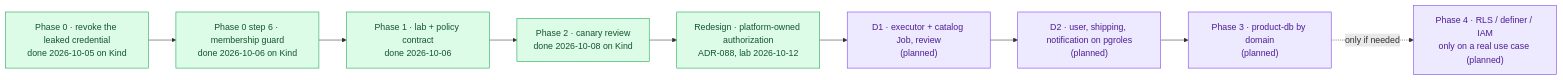
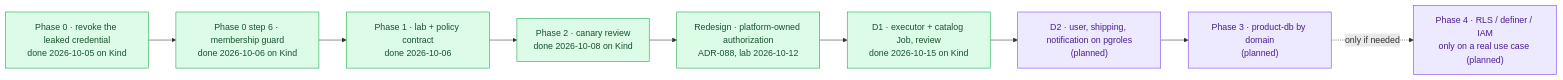
One commit to duynhlab/homelab changed the second of 2 diagrams in docs/proposals/rfc/RFC-0029/README.md. Above: the diagram before and after it, drawn with Mermaid. The commit also changed other lines of this file and 63 other files, not shown here.

````diff
--- a/docs/proposals/rfc/RFC-0029/README.md
+++ b/docs/proposals/rfc/RFC-0029/README.md
@@ -199,17 +199,17 @@
 ```mermaid
 flowchart LR
     p0["Phase 0 · revoke the leaked credential<br/>done 2026-10-05 on Kind"]:::data
     p0g["Phase 0 step 6 · membership guard<br/>done 2026-10-06 on Kind"]:::data
     p1["Phase 1 · lab + policy contract<br/>done 2026-10-06"]:::data
     p2["Phase 2 · canary review<br/>done 2026-10-08 on Kind"]:::data
     pr["Redesign · platform-owned authorization<br/>ADR-088, lab 2026-10-12"]:::data
-    d1["D1 · executor + catalog Job, review<br/>(planned)"]:::platform
+    d1["D1 · executor + catalog Job, review<br/>done 2026-10-15 on Kind"]:::data
     d2["D2 · user, shipping, notification on pgroles<br/>(planned)"]:::platform
     p3["Phase 3 · product-db by domain<br/>(planned)"]:::platform
     p4["Phase 4 · RLS / definer / IAM<br/>only on a real use case (planned)"]:::platform
 
     p0 --> p0g --> p1 --> p2 --> pr --> d1 --> d2 --> p3 -. "only if needed" .-> p4
 
     classDef platform fill:#ede9fe,color:#4c1d95,stroke:#7c3aed;
     classDef data fill:#dcfce7,color:#14532d,stroke:#16a34a;
 ```
````
